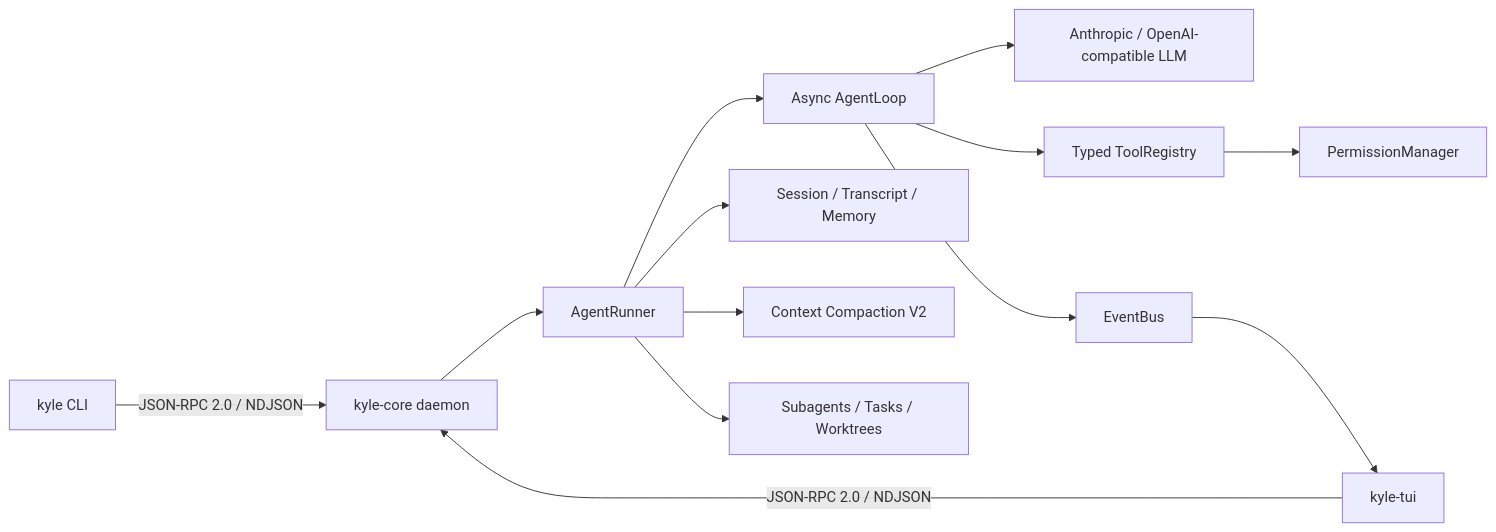
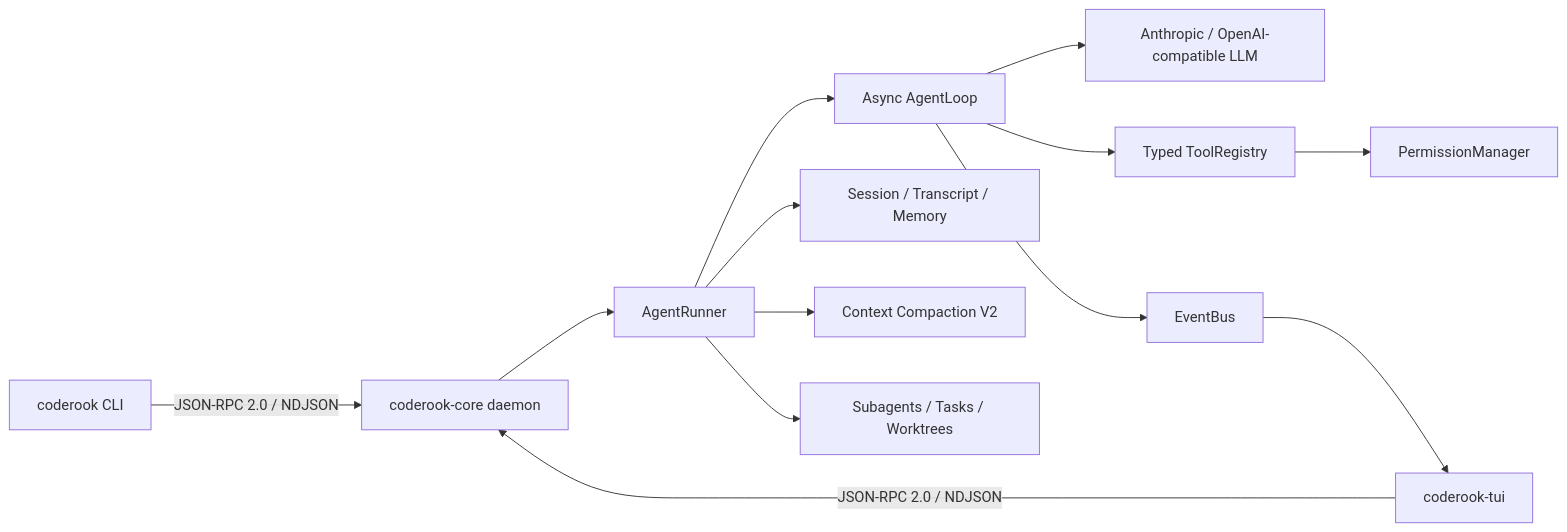
One commit to kyletser/coderook changed the diagram in README.md. Above: the diagram before and after it, drawn with Mermaid. The commit also changed other lines of this file and 323 other files, not shown here.

````diff
--- a/README.md
+++ b/README.md
@@ -11,15 +11,15 @@
 ```mermaid
 flowchart LR
-    CLI["kyle CLI"] -->|"JSON-RPC 2.0 / NDJSON"| Core["kyle-core daemon"]
-    TUI["kyle-tui"] -->|"JSON-RPC 2.0 / NDJSON"| Core
+    CLI["coderook CLI"] -->|"JSON-RPC 2.0 / NDJSON"| Core["coderook-core daemon"]
+    TUI["coderook-tui"] -->|"JSON-RPC 2.0 / NDJSON"| Core
     Core --> Runner["AgentRunner"]
     Runner --> Loop["Async AgentLoop"]
     Loop --> LLM["Anthropic / OpenAI-compatible LLM"]
     Loop --> Tools["Typed ToolRegistry"]
     Tools --> Permission["PermissionManager"]
     Loop --> Events["EventBus"]
     Events --> TUI
     Runner --> Session["Session / Transcript / Memory"]
     Runner --> Compact["Context Compaction V2"]
     Runner --> Agents["Subagents / Tasks / Worktrees"]
 ```
````
